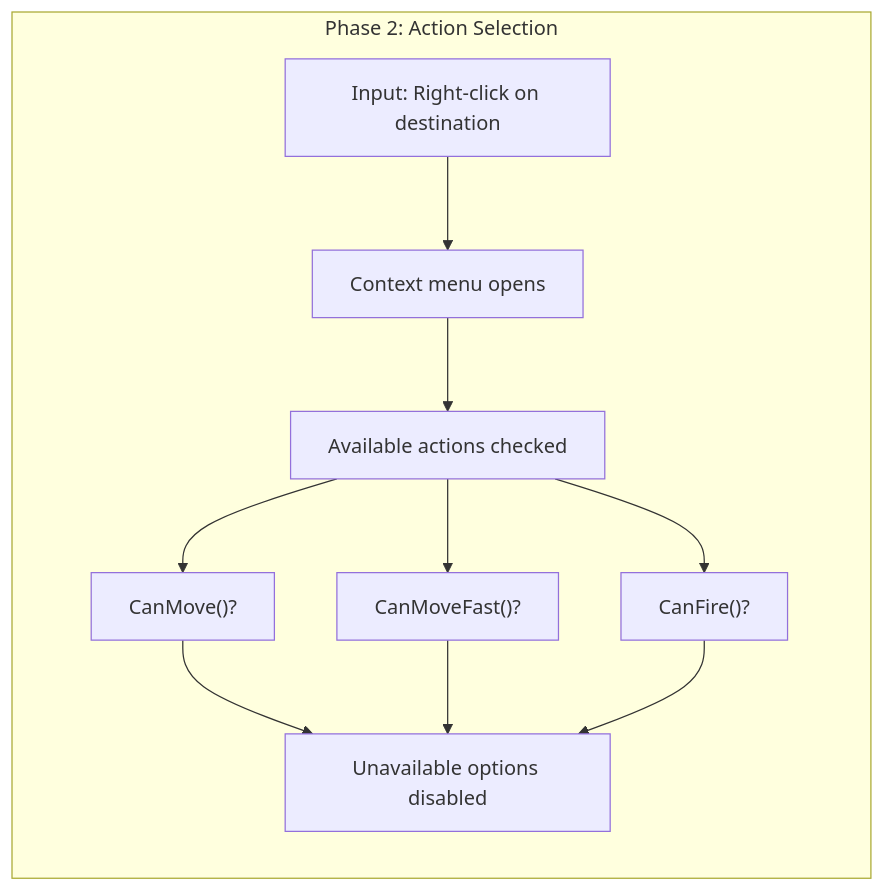
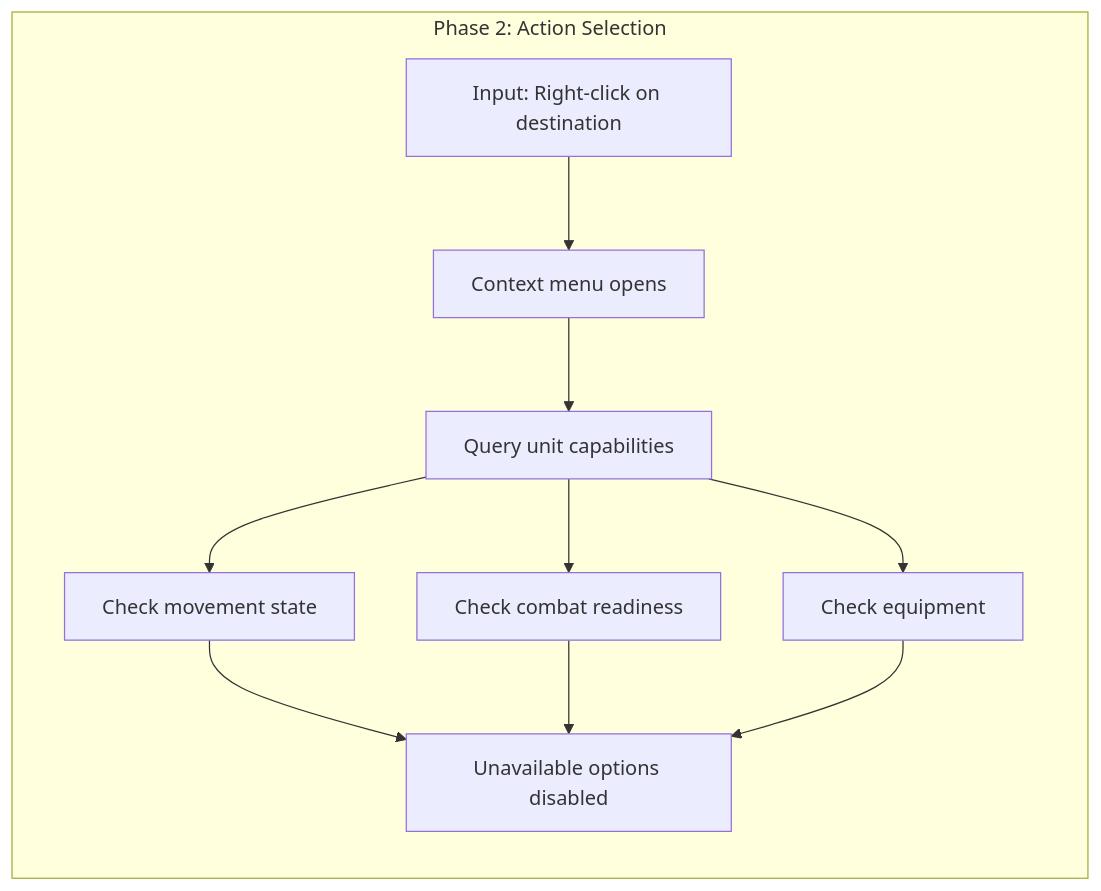
Before and after one commit to jukofyork/OpenCombat-SDL: the seventh of 13 diagrams in docs/chapters/09-ui-combat.md, drawn with Mermaid. The commit also changed other lines of this file and 9 other files, not shown here.

````diff
--- a/docs/chapters/09-ui-combat.md
+++ b/docs/chapters/09-ui-combat.md
@@ -301,20 +301,20 @@
 ```mermaid
 flowchart LR
     subgraph Phase2["Phase 2: Action Selection"]
         P2A["Input: Right-click on destination"]
         P2B["Context menu opens"]
-        P2C["Available actions checked"]
-        P2D["CanMove()?"]
-        P2E["CanMoveFast()?"]
-        P2F["CanFire()?"]
+        P2C["Query unit capabilities"]
+        P2D["Check movement state"]
+        P2E["Check combat readiness"]
+        P2F["Check equipment"]
         P2G["Unavailable options disabled"]
         
         P2A --> P2B --> P2C
         P2C --> P2D
         P2C --> P2E
         P2C --> P2F
         P2D --> P2G
         P2E --> P2G
         P2F --> P2G
     end
 ```
````
